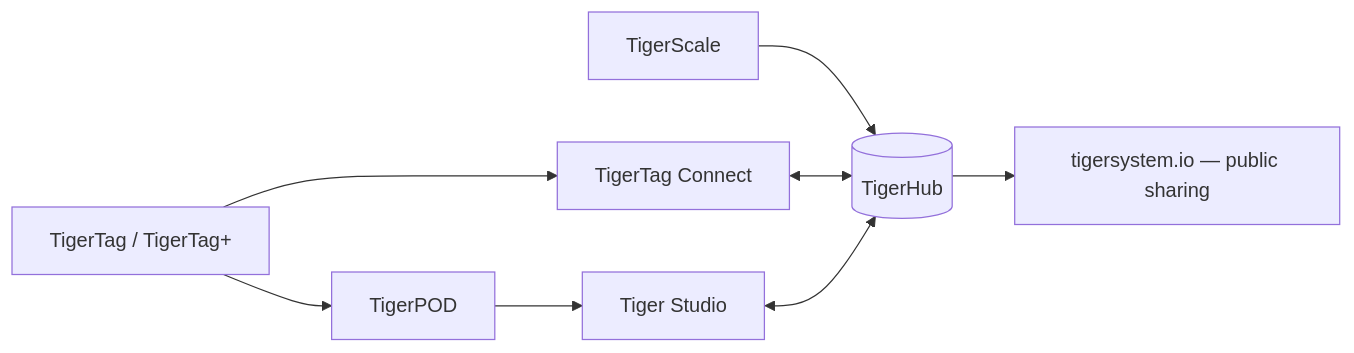
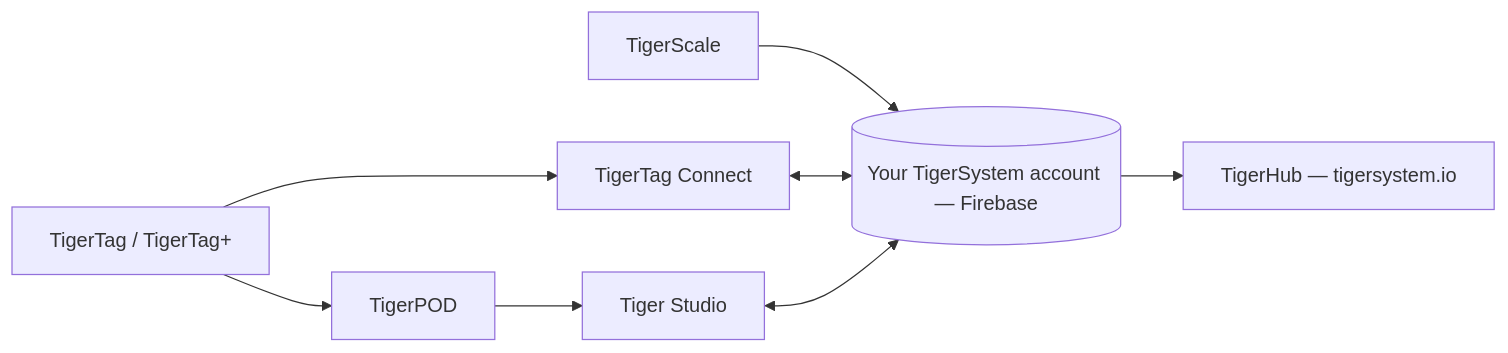
One commit to TigerTag-Project/TigerSystem-Docs changed the diagram in docs/products/README.md. Above: the diagram before and after it, drawn with Mermaid. The commit also changed other lines of this file and 22 other files, not shown here.

Commit message:
Correct the TigerHub definition: TigerHub is the tigersystem.io web platform (showcase + social sandbox); the backend is plain, unbranded Firebase

````diff
--- a/docs/products/README.md
+++ b/docs/products/README.md
@@ -20,9 +20,9 @@
 ```mermaid
 flowchart LR
     TT[TigerTag / TigerTag+] --> CO[TigerTag Connect]
     TT --> POD[TigerPOD] --> ST[Tiger Studio]
-    SC[TigerScale] --> HUB[("TigerHub")]
-    CO <--> HUB
-    ST <--> HUB
-    HUB --> WEB["tigersystem.io — public sharing"]
+    SC[TigerScale] --> FB[("Your TigerSystem account — Firebase")]
+    CO <--> FB
+    ST <--> FB
+    FB --> HUB["TigerHub — tigersystem.io"]
 ```
````
